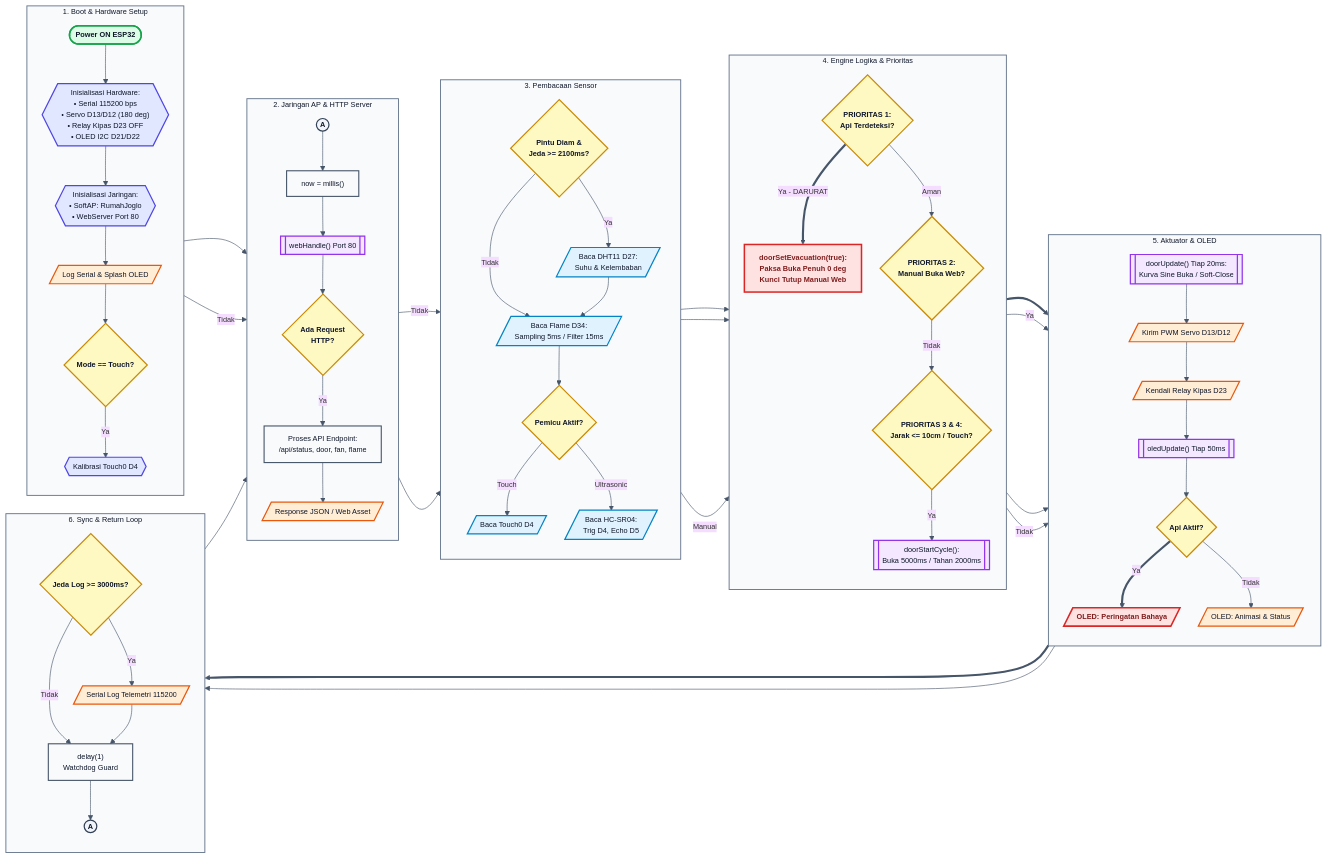
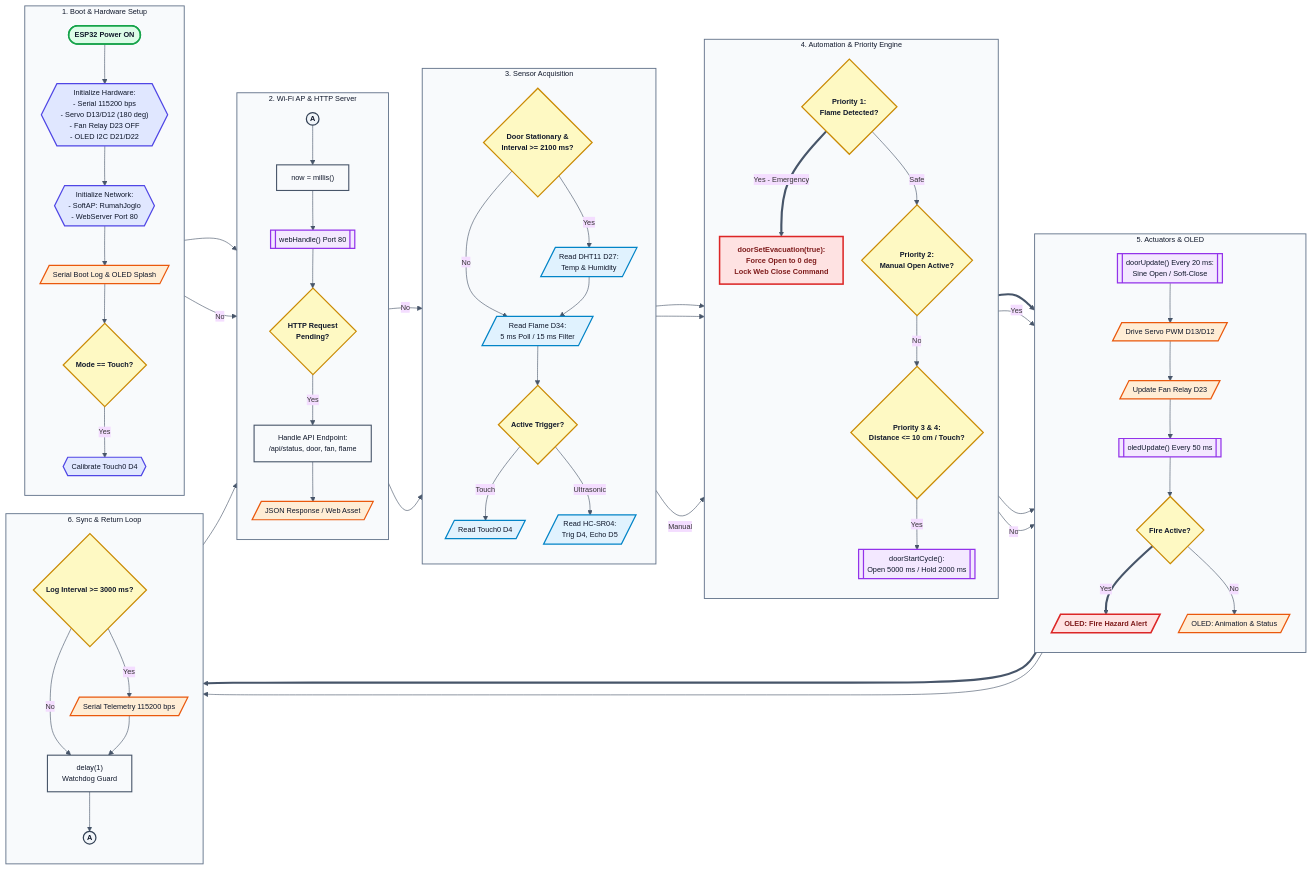
Before and after one commit to Juremenn/IoT-Smarthome: the diagram in README.md, drawn with Mermaid. The commit also changed other lines of this file and 32 other files, not shown here.

```diff
--- a/README.md
+++ b/README.md
@@ -66,102 +66,102 @@
 
     subgraph SG_BOOT["1. Boot & Hardware Setup"]
         direction TB
-        TERM_START(["Power ON ESP32"]):::terminator
-        PREP_HW{{"Inisialisasi Hardware:<br/>• Serial 115200 bps<br/>• Servo D13/D12 (180 deg)<br/>• Relay Kipas D23 OFF<br/>• OLED I2C D21/D22"}}:::preparation
-        PREP_NET{{"Inisialisasi Jaringan:<br/>• SoftAP: RumahJoglo<br/>• WebServer Port 80"}}:::preparation
-        IO_BOOT_LOG[/"Log Serial & Splash OLED"/]:::io_output
+        TERM_START(["ESP32 Power ON"]):::terminator
+        PREP_HW{{"Initialize Hardware:<br/>- Serial 115200 bps<br/>- Servo D13/D12 (180 deg)<br/>- Fan Relay D23 OFF<br/>- OLED I2C D21/D22"}}:::preparation
+        PREP_NET{{"Initialize Network:<br/>- SoftAP: RumahJoglo<br/>- WebServer Port 80"}}:::preparation
+        IO_BOOT_LOG[/"Serial Boot Log & OLED Splash"/]:::io_output
         DEC_INIT_TOUCH{"Mode == Touch?"}:::decision
-        PREP_TOUCH{{"Kalibrasi Touch0 D4"}}:::preparation
+        PREP_TOUCH{{"Calibrate Touch0 D4"}}:::preparation
 
         TERM_START --> PREP_HW
         PREP_HW --> PREP_NET
         PREP_NET --> IO_BOOT_LOG
         IO_BOOT_LOG --> DEC_INIT_TOUCH
-        DEC_INIT_TOUCH -->|Ya| PREP_TOUCH
+        DEC_INIT_TOUCH -->|Yes| PREP_TOUCH
     end
 
-    subgraph SG_NET["2. Jaringan AP & HTTP Server"]
+    subgraph SG_NET["2. Wi-Fi AP & HTTP Server"]
         direction TB
         CONN_LOOP_IN(("A")):::connector
         PROC_NOW["now = millis()"]:::process
         SUB_WEB[["webHandle() Port 80"]]:::subroutine
-        DEC_HTTP{"Ada Request<br/>HTTP?"}:::decision
-        PROC_API["Proses API Endpoint:<br/>/api/status, door, fan, flame"]:::process
-        IO_HTTP_RES[/"Response JSON / Web Asset"/]:::io_output
+        DEC_HTTP{"HTTP Request<br/>Pending?"}:::decision
+        PROC_API["Handle API Endpoint:<br/>/api/status, door, fan, flame"]:::process
+        IO_HTTP_RES[/"JSON Response / Web Asset"/]:::io_output
 
         CONN_LOOP_IN --> PROC_NOW
         PROC_NOW --> SUB_WEB
         SUB_WEB --> DEC_HTTP
-        DEC_HTTP -->|Ya| PROC_API
+        DEC_HTTP -->|Yes| PROC_API
         PROC_API --> IO_HTTP_RES
     end
 
-    subgraph SG_ACQ["3. Pembacaan Sensor"]
+    subgraph SG_ACQ["3. Sensor Acquisition"]
         direction TB
-        DEC_DHT_CHECK{"Pintu Diam &<br/>Jeda >= 2100ms?"}:::decision
-        IO_DHT[/"Baca DHT11 D27:<br/>Suhu & Kelembaban"/]:::io_input
-        IO_FLAME[/"Baca Flame D34:<br/>Sampling 5ms / Filter 15ms"/]:::io_input
-        DEC_MODE{"Pemicu Aktif?"}:::decision
-        IO_TOUCH[/"Baca Touch0 D4"/]:::io_input
-        IO_US[/"Baca HC-SR04:<br/>Trig D4, Echo D5"/]:::io_input
+        DEC_DHT_CHECK{"Door Stationary &<br/>Interval >= 2100 ms?"}:::decision
+        IO_DHT[/"Read DHT11 D27:<br/>Temp & Humidity"/]:::io_input
+        IO_FLAME[/"Read Flame D34:<br/>5 ms Poll / 15 ms Filter"/]:::io_input
+        DEC_MODE{"Active Trigger?"}:::decision
+        IO_TOUCH[/"Read Touch0 D4"/]:::io_input
+        IO_US[/"Read HC-SR04:<br/>Trig D4, Echo D5"/]:::io_input
 
-        DEC_DHT_CHECK -->|Ya| IO_DHT
-        DEC_DHT_CHECK -->|Tidak| IO_FLAME
+        DEC_DHT_CHECK -->|Yes| IO_DHT
+        DEC_DHT_CHECK -->|No| IO_FLAME
         IO_DHT --> IO_FLAME
         IO_FLAME --> DEC_MODE
         DEC_MODE -->|Touch| IO_TOUCH
         DEC_MODE -->|Ultrasonic| IO_US
     end
 
-    subgraph SG_LOGIC["4. Engine Logika & Prioritas"]
+    subgraph SG_LOGIC["4. Automation & Priority Engine"]
         direction TB
-        DEC_EVAC{"PRIORITAS 1:<br/>Api Terdeteksi?"}:::decision
-        PROC_EVAC["doorSetEvacuation(true):<br/>Paksa Buka Penuh 0 deg<br/>Kunci Tutup Manual Web"]:::emergency
-        DEC_MAN_OPEN{"PRIORITAS 2:<br/>Manual Buka Web?"}:::decision
-        DEC_TRIGGER{"PRIORITAS 3 & 4:<br/>Jarak <= 10cm / Touch?"}:::decision
-        SUB_CYCLE[["doorStartCycle():<br/>Buka 5000ms / Tahan 2000ms"]]:::subroutine
+        DEC_EVAC{"Priority 1:<br/>Flame Detected?"}:::decision
+        PROC_EVAC["doorSetEvacuation(true):<br/>Force Open to 0 deg<br/>Lock Web Close Command"]:::emergency
+        DEC_MAN_OPEN{"Priority 2:<br/>Manual Open Active?"}:::decision
+        DEC_TRIGGER{"Priority 3 & 4:<br/>Distance <= 10 cm / Touch?"}:::decision
+        SUB_CYCLE[["doorStartCycle():<br/>Open 5000 ms / Hold 2000 ms"]]:::subroutine
 
-        DEC_EVAC ==>|Ya - DARURAT| PROC_EVAC
-        DEC_EVAC -->|Aman| DEC_MAN_OPEN
-        DEC_MAN_OPEN -->|Tidak| DEC_TRIGGER
-        DEC_TRIGGER -->|Ya| SUB_CYCLE
+        DEC_EVAC ==>|Yes - Emergency| PROC_EVAC
+        DEC_EVAC -->|Safe| DEC_MAN_OPEN
+        DEC_MAN_OPEN -->|No| DEC_TRIGGER
+        DEC_TRIGGER -->|Yes| SUB_CYCLE
     end
 
-    subgraph SG_ACT["5. Aktuator & OLED"]
+    subgraph SG_ACT["5. Actuators & OLED"]
         direction TB
-        SUB_SERVO[["doorUpdate() Tiap 20ms:<br/>Kurva Sine Buka / Soft-Close"]]:::subroutine
-        IO_SERVO[/"Kirim PWM Servo D13/D12"/]:::io_output
-        IO_FAN[/"Kendali Relay Kipas D23"/]:::io_output
-        SUB_OLED[["oledUpdate() Tiap 50ms"]]:::subroutine
-        DEC_OLED_FIRE{"Api Aktif?"}:::decision
-        IO_OLED_FIRE[/"OLED: Peringatan Bahaya"/]:::emergency
-        IO_OLED_NORM[/"OLED: Animasi & Status"/]:::io_output
+        SUB_SERVO[["doorUpdate() Every 20 ms:<br/>Sine Open / Soft-Close"]]:::subroutine
+        IO_SERVO[/"Drive Servo PWM D13/D12"/]:::io_output
+        IO_FAN[/"Update Fan Relay D23"/]:::io_output
+        SUB_OLED[["oledUpdate() Every 50 ms"]]:::subroutine
+        DEC_OLED_FIRE{"Fire Active?"}:::decision
+        IO_OLED_FIRE[/"OLED: Fire Hazard Alert"/]:::emergency
+        IO_OLED_NORM[/"OLED: Animation & Status"/]:::io_output
 
         SUB_SERVO --> IO_SERVO
         IO_SERVO --> IO_FAN
         IO_FAN --> SUB_OLED
         SUB_OLED --> DEC_OLED_FIRE
-        DEC_OLED_FIRE ==>|Ya| IO_OLED_FIRE
-        DEC_OLED_FIRE -->|Tidak| IO_OLED_NORM
+        DEC_OLED_FIRE ==>|Yes| IO_OLED_FIRE
+        DEC_OLED_FIRE -->|No| IO_OLED_NORM
     end
 
     subgraph SG_SYNC["6. Sync & Return Loop"]
         direction TB
-        DEC_LOG{"Jeda Log >= 3000ms?"}:::decision
-        IO_LOG[/"Serial Log Telemetri 115200"/]:::io_output
+        DEC_LOG{"Log Interval >= 3000 ms?"}:::decision
+        IO_LOG[/"Serial Telemetry 115200 bps"/]:::io_output
         PROC_GUARD["delay(1)<br/>Watchdog Guard"]:::process
         CONN_LOOP_OUT(("A")):::connector
 
-        DEC_LOG -->|Ya| IO_LOG
-        DEC_LOG -->|Tidak| PROC_GUARD
+        DEC_LOG -->|Yes| IO_LOG
+        DEC_LOG -->|No| PROC_GUARD
         IO_LOG --> PROC_GUARD
         PROC_GUARD --> CONN_LOOP_OUT
     end
 
-    %% Koneksi Pipeline Horizontal Antar Modul (Kiri ke Kanan)
+    %% Horizontal Pipeline Connections Across Stages (Left to Right)
     PREP_TOUCH --> CONN_LOOP_IN
-    DEC_INIT_TOUCH -->|Tidak| CONN_LOOP_IN
-    DEC_HTTP -->|Tidak| DEC_DHT_CHECK
+    DEC_INIT_TOUCH -->|No| CONN_LOOP_IN
+    DEC_HTTP -->|No| DEC_DHT_CHECK
     IO_HTTP_RES --> DEC_DHT_CHECK
 
     IO_TOUCH --> DEC_EVAC
@@ -169,9 +169,9 @@
     DEC_MODE -->|Manual| DEC_EVAC
 
     PROC_EVAC ==> SUB_SERVO
-    DEC_MAN_OPEN -->|Ya| SUB_SERVO
+    DEC_MAN_OPEN -->|Yes| SUB_SERVO
     SUB_CYCLE --> SUB_SERVO
-    DEC_TRIGGER -->|Tidak| SUB_SERVO
+    DEC_TRIGGER -->|No| SUB_SERVO
 
     IO_OLED_FIRE ==> DEC_LOG
     IO_OLED_NORM --> DEC_LOG
```
